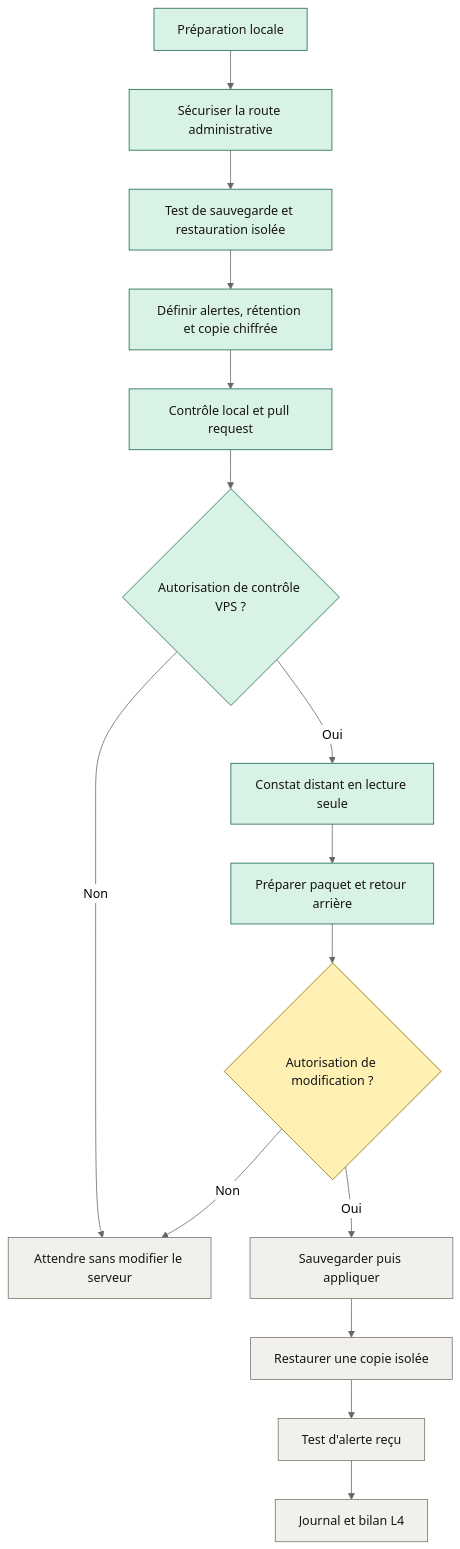
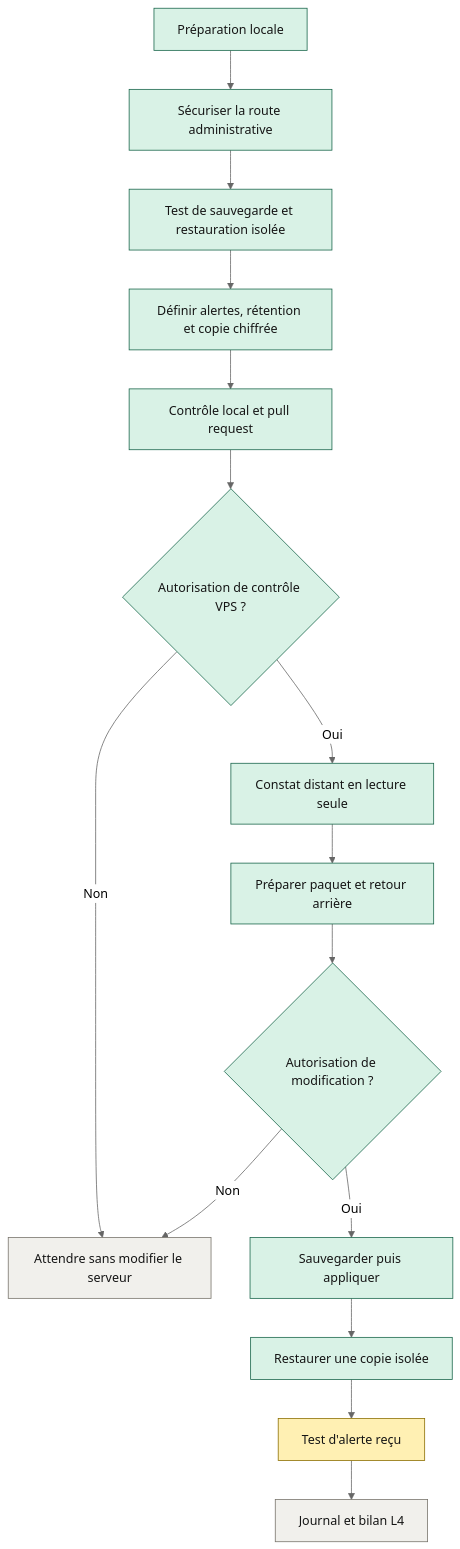
Before and after one commit to VinniMo/samstag: the diagram in docs/diagrams/l4-operations.mmd, drawn with Mermaid (neutral theme). The commit also changed 9 other files, not shown here.

```diff
--- a/docs/diagrams/l4-operations.mmd
+++ b/docs/diagrams/l4-operations.mmd
@@ -1,24 +1,24 @@
 flowchart TD
     A[Préparation locale] --> B[Sécuriser la route administrative]
     B --> C[Test de sauvegarde et restauration isolée]
     C --> D[Définir alertes, rétention et copie chiffrée]
     D --> P[Contrôle local et pull request]
     P --> E{Autorisation de contrôle VPS ?}
     E -->|Non| W[Attendre sans modifier le serveur]
     E -->|Oui| F[Constat distant en lecture seule]
     F --> Q[Préparer paquet et retour arrière]
     Q --> G{Autorisation de modification ?}
     G -->|Non| W
     G -->|Oui| H[Sauvegarder puis appliquer]
     H --> I[Restaurer une copie isolée]
     I --> J[Test d'alerte reçu]
     J --> K[Journal et bilan L4]
 
     classDef done fill:#d9f2e6,stroke:#176449,color:#151515
     classDef ready fill:#dce8f7,stroke:#244bc0,color:#151515
     classDef approval fill:#fff0b3,stroke:#8a6d00,color:#151515
     classDef future fill:#f1f0ec,stroke:#77736a,color:#151515
 
-    class A,B,C,D,P,E,F,Q done
-    class G approval
-    class H,I,J,K,W future
+    class A,B,C,D,P,E,F,Q,G,H,I done
+    class J approval
+    class K,W future
```
